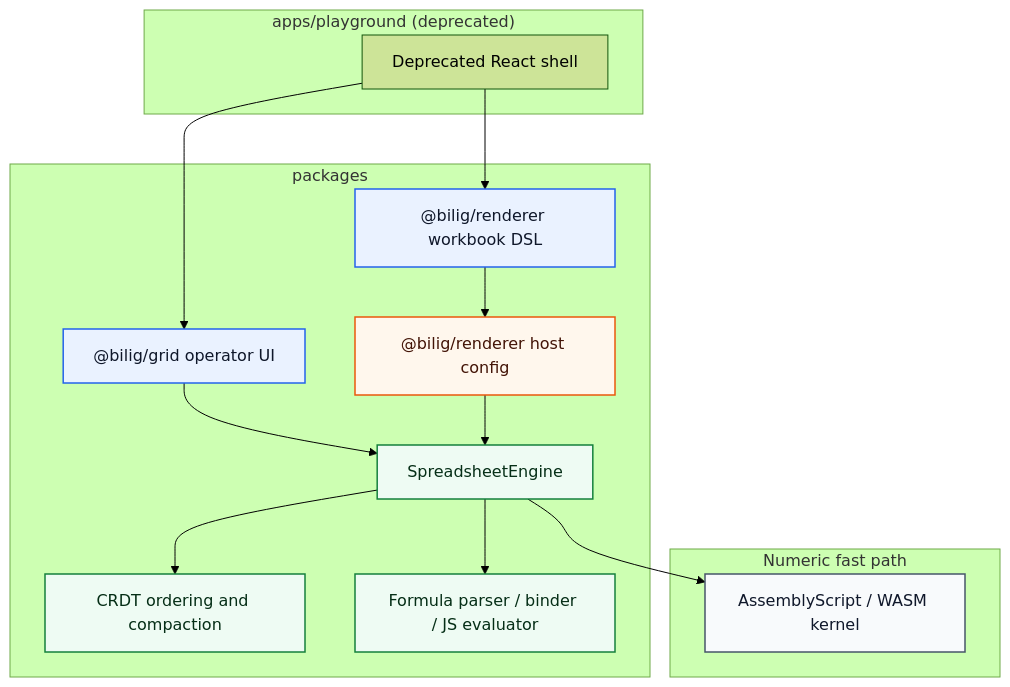
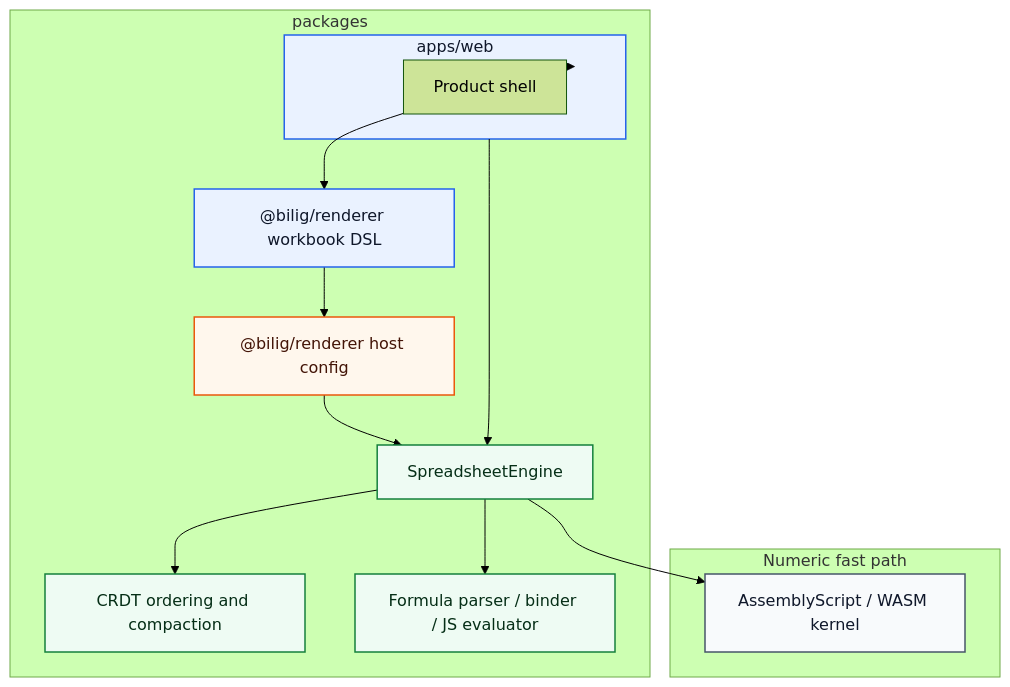
One commit to proompteng/bilig changed the first of 2 diagrams in docs/reconciler-layering.md. Above: the diagram before and after it, drawn with Mermaid (forest theme). The commit also changed other lines of this file and 51 other files, not shown here.

Commit message:
refactor: remove deprecated playground shell

````diff
--- a/docs/reconciler-layering.md
+++ b/docs/reconciler-layering.md
@@ -5,38 +5,38 @@
 ```mermaid
 flowchart TB
   classDef react fill:#eaf2ff,stroke:#2563eb,color:#0f172a,stroke-width:1.5px
   classDef adapter fill:#fff7ed,stroke:#ea580c,color:#431407,stroke-width:1.5px
   classDef core fill:#eefbf3,stroke:#15803d,color:#052e16,stroke-width:1.5px
   classDef wasm fill:#f8fafc,stroke:#475569,color:#0f172a,stroke-width:1.5px
 
-  subgraph PG["apps/playground (deprecated)"]
-    APP["Deprecated React shell"]
+  subgraph UI["apps/web"]
+    APP["Product shell"]
   end
 
   subgraph PKG["packages"]
     JSX["@bilig/renderer workbook DSL"]
     REC["@bilig/renderer host config"]
     UI["@bilig/grid operator UI"]
     ENG["SpreadsheetEngine"]
     CRDT["CRDT ordering and compaction"]
     FORM["Formula parser / binder / JS evaluator"]
   end
 
   subgraph FAST["Numeric fast path"]
     WASM["AssemblyScript / WASM kernel"]
   end
 
   APP --> JSX
   APP --> UI
   JSX --> REC
   UI --> ENG
   REC --> ENG
   ENG --> CRDT
   ENG --> FORM
   ENG --> WASM
 
   class JSX,UI react
   class REC adapter
   class ENG,CRDT,FORM core
   class WASM wasm
 ```
````
